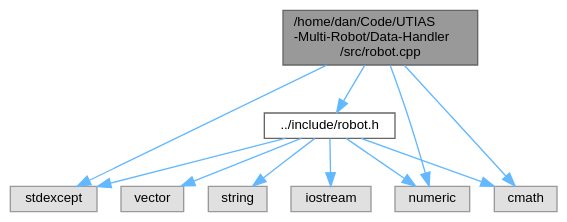
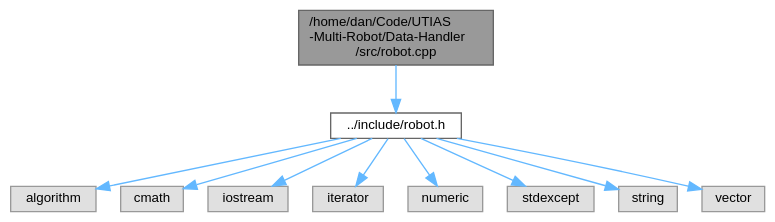
The diagram in docs/robot_8cpp__incl.dot (DanielIngham/Cooperative-Positioning-Data-Handler), drawn with Graphviz before and after one commit. The commit also changed 105 other files, not shown here.

```diff
--- a/docs/robot_8cpp__incl.dot
+++ b/docs/robot_8cpp__incl.dot
@@ -1,25 +1,26 @@
 digraph "/home/dan/Code/UTIAS-Multi-Robot/Data-Handler/src/robot.cpp"
 {
  // LATEX_PDF_SIZE
   bgcolor="transparent";
   edge [fontname=Helvetica,fontsize=10,labelfontname=Helvetica,labelfontsize=10];
   node [fontname=Helvetica,fontsize=10,shape=box,height=0.2,width=0.4];
   Node1 [id="Node000001",label="/home/dan/Code/UTIAS\l-Multi-Robot/Data-Handler\l/src/robot.cpp",height=0.2,width=0.4,color="gray40", fillcolor="grey60", style="filled", fontcolor="black",tooltip="Class implementation file responsible for the robot datastructor."];
   Node1 -> Node2 [id="edge1_Node000001_Node000002",color="steelblue1",style="solid",tooltip=" "];
   Node2 [id="Node000002",label="../include/robot.h",height=0.2,width=0.4,color="grey40", fillcolor="white", style="filled",URL="$robot_8h.html",tooltip="Header file of the Robot class."];
   Node2 -> Node3 [id="edge2_Node000002_Node000003",color="steelblue1",style="solid",tooltip=" "];
-  Node3 [id="Node000003",label="vector",height=0.2,width=0.4,color="grey60", fillcolor="#E0E0E0", style="filled",tooltip=" "];
+  Node3 [id="Node000003",label="algorithm",height=0.2,width=0.4,color="grey60", fillcolor="#E0E0E0", style="filled",tooltip=" "];
   Node2 -> Node4 [id="edge3_Node000002_Node000004",color="steelblue1",style="solid",tooltip=" "];
-  Node4 [id="Node000004",label="stdexcept",height=0.2,width=0.4,color="grey60", fillcolor="#E0E0E0", style="filled",tooltip=" "];
+  Node4 [id="Node000004",label="cmath",height=0.2,width=0.4,color="grey60", fillcolor="#E0E0E0", style="filled",tooltip=" "];
   Node2 -> Node5 [id="edge4_Node000002_Node000005",color="steelblue1",style="solid",tooltip=" "];
-  Node5 [id="Node000005",label="string",height=0.2,width=0.4,color="grey60", fillcolor="#E0E0E0", style="filled",tooltip=" "];
+  Node5 [id="Node000005",label="iostream",height=0.2,width=0.4,color="grey60", fillcolor="#E0E0E0", style="filled",tooltip=" "];
   Node2 -> Node6 [id="edge5_Node000002_Node000006",color="steelblue1",style="solid",tooltip=" "];
-  Node6 [id="Node000006",label="iostream",height=0.2,width=0.4,color="grey60", fillcolor="#E0E0E0", style="filled",tooltip=" "];
+  Node6 [id="Node000006",label="iterator",height=0.2,width=0.4,color="grey60", fillcolor="#E0E0E0", style="filled",tooltip=" "];
   Node2 -> Node7 [id="edge6_Node000002_Node000007",color="steelblue1",style="solid",tooltip=" "];
   Node7 [id="Node000007",label="numeric",height=0.2,width=0.4,color="grey60", fillcolor="#E0E0E0", style="filled",tooltip=" "];
   Node2 -> Node8 [id="edge7_Node000002_Node000008",color="steelblue1",style="solid",tooltip=" "];
-  Node8 [id="Node000008",label="cmath",height=0.2,width=0.4,color="grey60", fillcolor="#E0E0E0", style="filled",tooltip=" "];
-  Node1 -> Node8 [id="edge8_Node000001_Node000008",color="steelblue1",style="solid",tooltip=" "];
-  Node1 -> Node7 [id="edge9_Node000001_Node000007",color="steelblue1",style="solid",tooltip=" "];
-  Node1 -> Node4 [id="edge10_Node000001_Node000004",color="steelblue1",style="solid",tooltip=" "];
+  Node8 [id="Node000008",label="stdexcept",height=0.2,width=0.4,color="grey60", fillcolor="#E0E0E0", style="filled",tooltip=" "];
+  Node2 -> Node9 [id="edge8_Node000002_Node000009",color="steelblue1",style="solid",tooltip=" "];
+  Node9 [id="Node000009",label="string",height=0.2,width=0.4,color="grey60", fillcolor="#E0E0E0", style="filled",tooltip=" "];
+  Node2 -> Node10 [id="edge9_Node000002_Node000010",color="steelblue1",style="solid",tooltip=" "];
+  Node10 [id="Node000010",label="vector",height=0.2,width=0.4,color="grey60", fillcolor="#E0E0E0", style="filled",tooltip=" "];
 }
```
